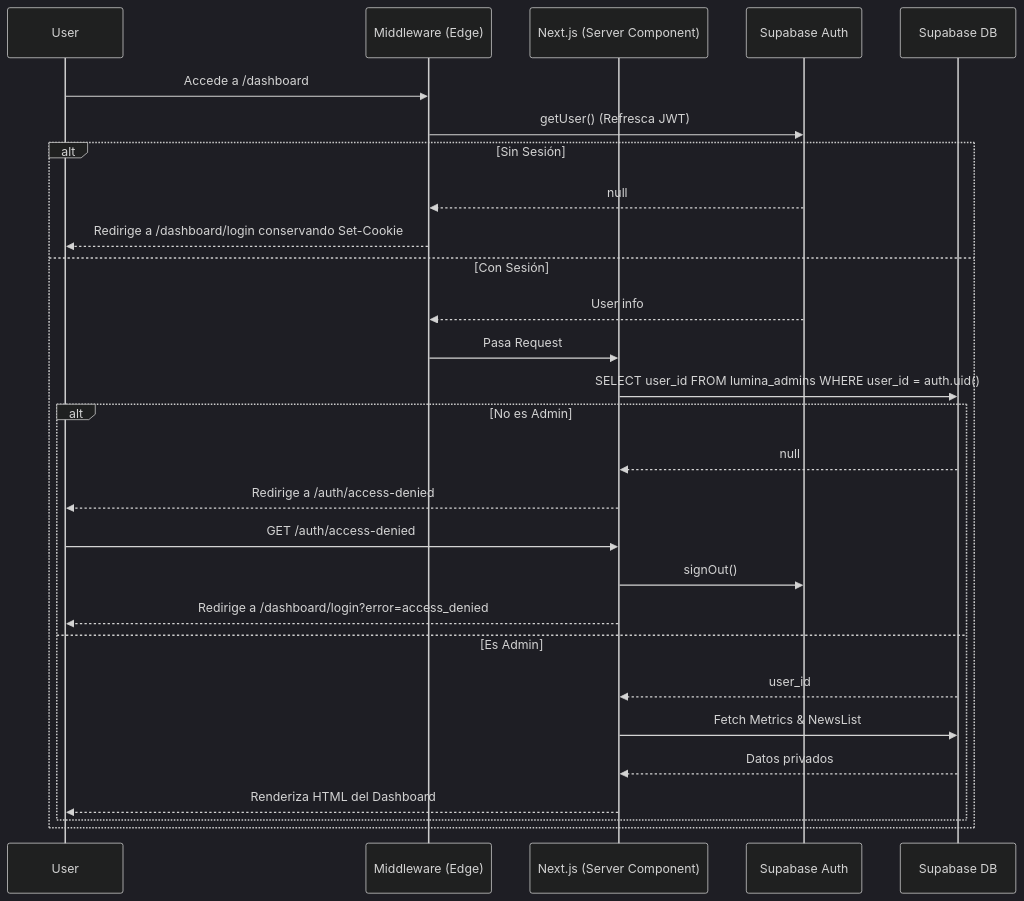
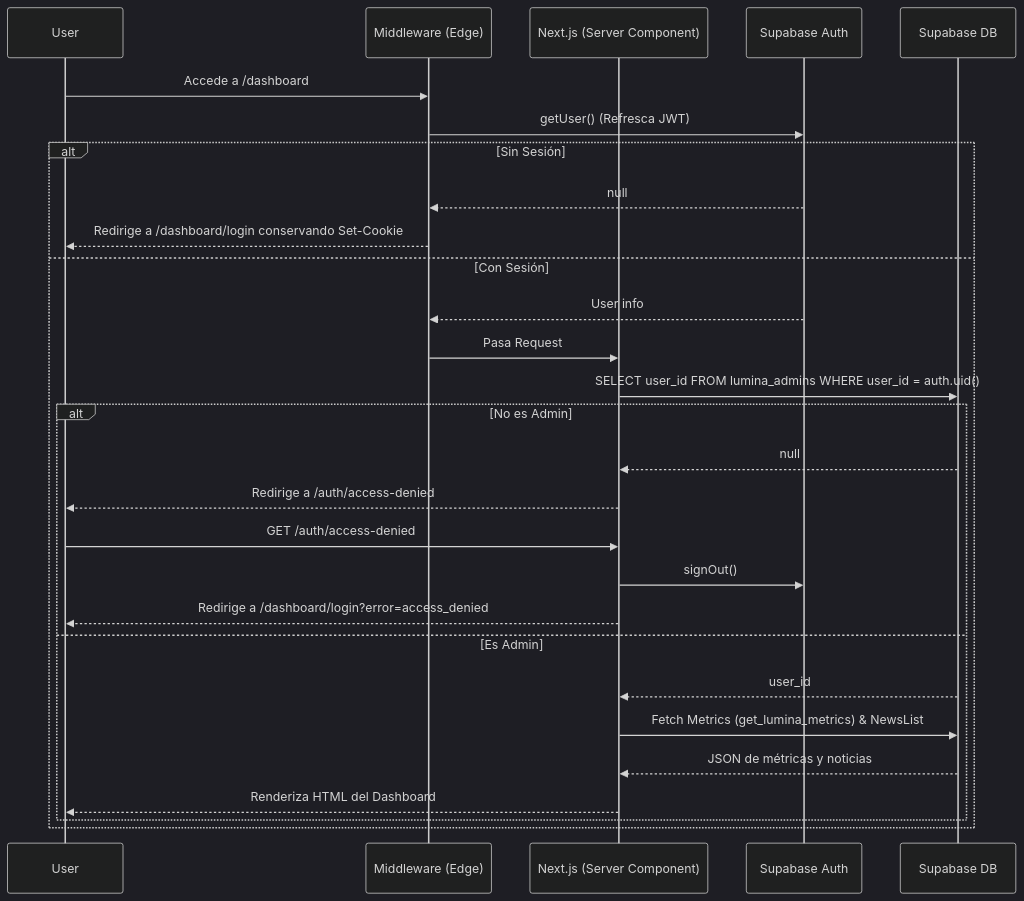
Before and after one commit to margen-web/lumina: the diagram in docs/phase_2a_auth.md, drawn with Mermaid (dark theme). The commit also changed other lines of this file and 7 other files, not shown here.

````diff
--- a/docs/phase_2a_auth.md
+++ b/docs/phase_2a_auth.md
@@ -12,31 +12,31 @@
 ```mermaid
 sequenceDiagram
     participant User
     participant Middleware (Edge)
     participant Next.js (Server Component)
     participant Supabase Auth
     participant Supabase DB
 
     User->>Middleware (Edge): Accede a /dashboard
     Middleware (Edge)->>Supabase Auth: getUser() (Refresca JWT)
     alt Sin Sesión
         Supabase Auth-->>Middleware (Edge): null
         Middleware (Edge)-->>User: Redirige a /dashboard/login conservando Set-Cookie
     else Con Sesión
         Supabase Auth-->>Middleware (Edge): User info
         Middleware (Edge)->>Next.js (Server Component): Pasa Request
         Next.js (Server Component)->>Supabase DB: SELECT user_id FROM lumina_admins WHERE user_id = auth.uid()
         alt No es Admin
             Supabase DB-->>Next.js (Server Component): null
             Next.js (Server Component)-->>User: Redirige a /auth/access-denied
             User->>Next.js (Server Component): GET /auth/access-denied
             Next.js (Server Component)->>Supabase Auth: signOut()
             Next.js (Server Component)-->>User: Redirige a /dashboard/login?error=access_denied
         else Es Admin
             Supabase DB-->>Next.js (Server Component): user_id
-            Next.js (Server Component)->>Supabase DB: Fetch Metrics & NewsList
-            Supabase DB-->>Next.js (Server Component): Datos privados
+            Next.js (Server Component)->>Supabase DB: Fetch Metrics (get_lumina_metrics) & NewsList
+            Supabase DB-->>Next.js (Server Component): JSON de métricas y noticias
             Next.js (Server Component)-->>User: Renderiza HTML del Dashboard
         end
     end
 ```
````
